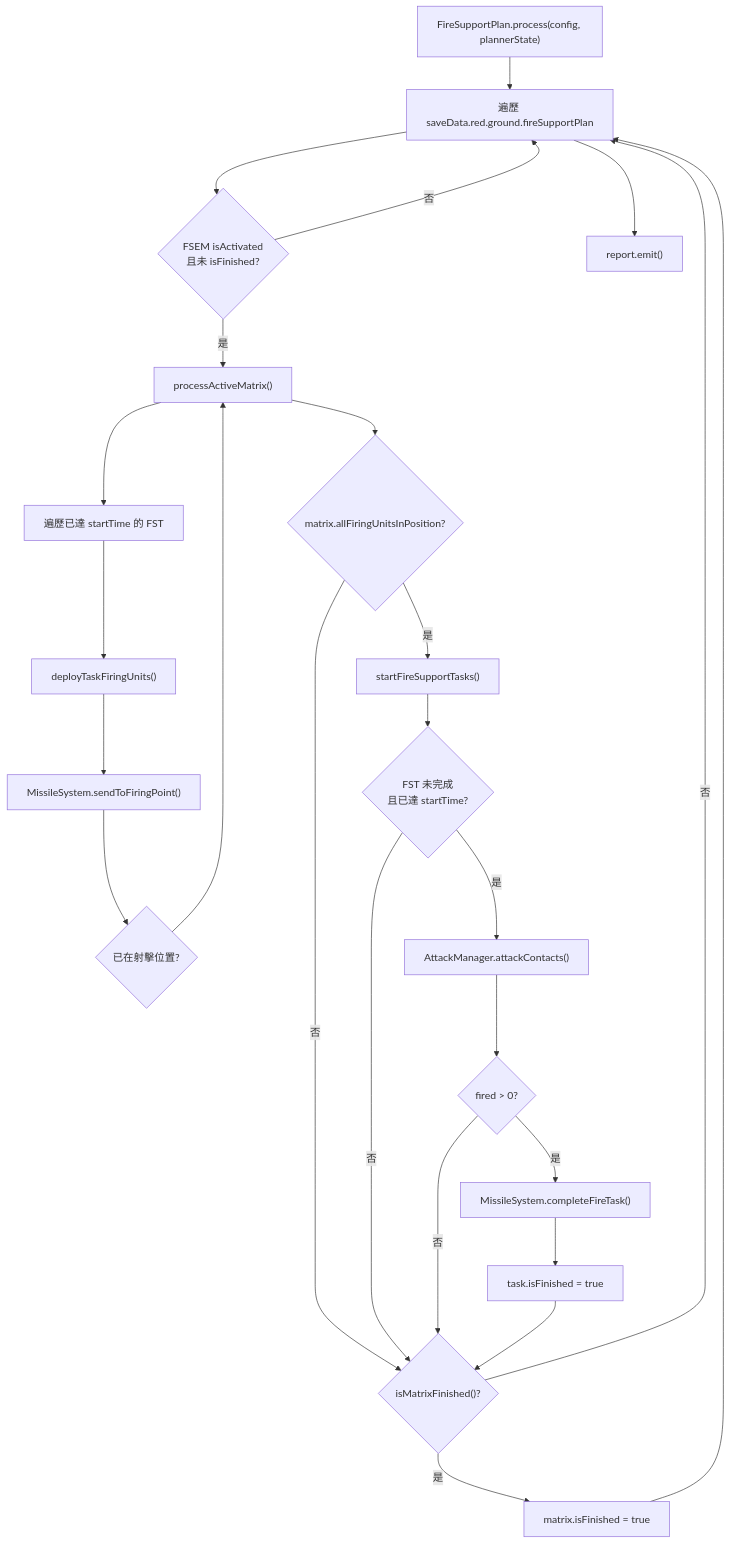
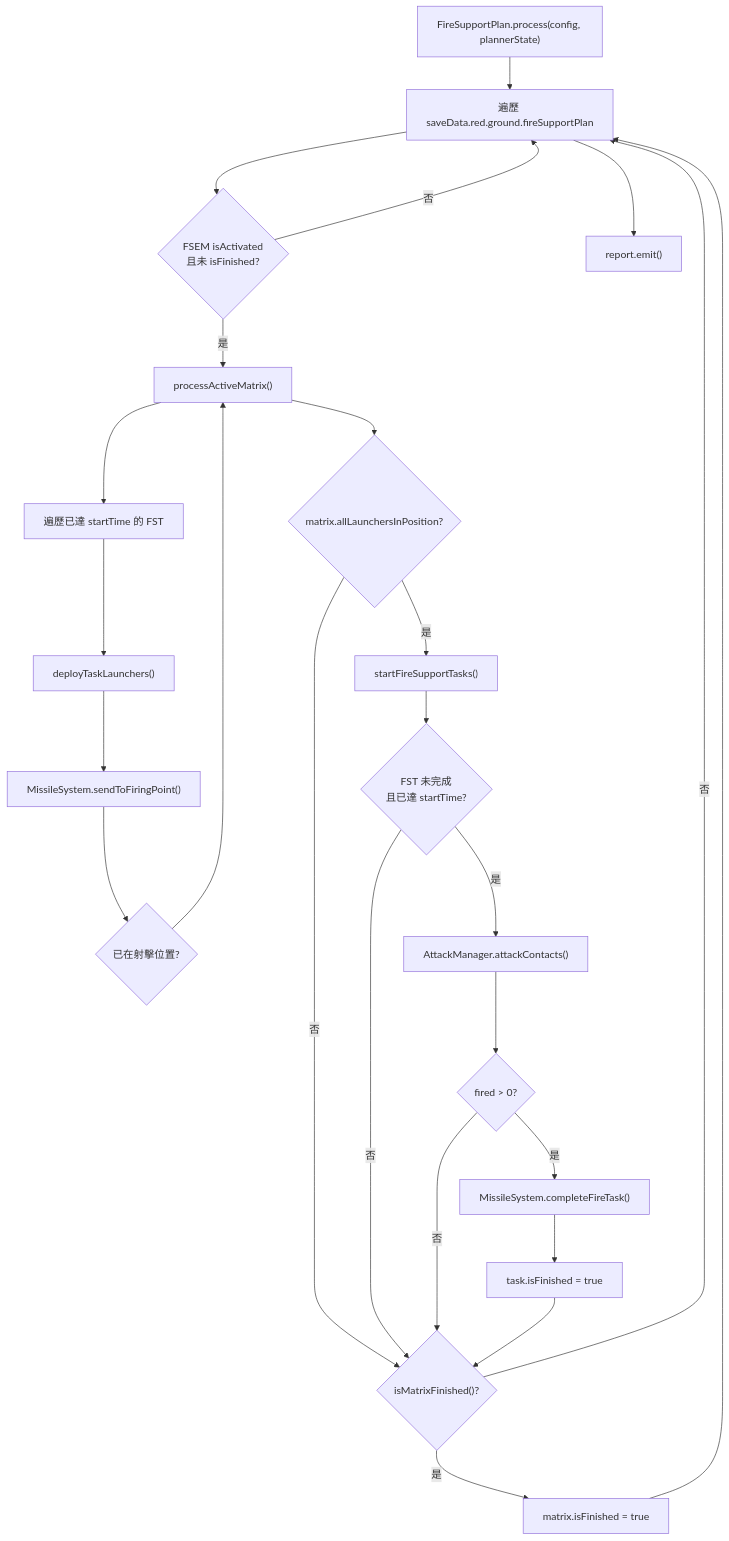
The diagram in docs/strikePlanner/fireSupportPlan.md (pullupjumper/formosa-in-flames), drawn with Mermaid before and after one commit. The commit also changed other lines of this file and 67 other files, not shown here.

First line of the commit message:
refactor(missileSystem): rename firing unit to launcher and resupply unit to transloader

````diff
--- a/docs/strikePlanner/fireSupportPlan.md
+++ b/docs/strikePlanner/fireSupportPlan.md
@@ -98,46 +98,46 @@
 ```mermaid
 flowchart TD
     START["FireSupportPlan.process(config, plannerState)"]
     LOOP["遍歷 saveData.red.ground.fireSupportPlan"]
     ACTIVE{"FSEM isActivated<br/>且未 isFinished?"}
     PROCESS["processActiveMatrix()"]
     DEPLOY_TASK["遍歷已達 startTime 的 FST"]
-    DEPLOY_UNIT["deployTaskFiringUnits()"]
+    DEPLOY_UNIT["deployTaskLaunchers()"]
     SEND["MissileSystem.sendToFiringPoint()"]
     STATIC{"已在射擊位置?"}
-    ALL_READY{"matrix.allFiringUnitsInPosition?"}
+    ALL_READY{"matrix.allLaunchersInPosition?"}
     EXECUTE["startFireSupportTasks()"]
     TASK_READY{"FST 未完成<br/>且已達 startTime?"}
     ATTACK["AttackManager.attackContacts()"]
     FIRED{"fired > 0?"}
     STOW["MissileSystem.completeFireTask()"]
     TASK_DONE["task.isFinished = true"]
     MATRIX_DONE{"isMatrixFinished()?"}
     FINISH["matrix.isFinished = true"]
     LOG["report.emit()"]
 
     START --> LOOP
     LOOP --> ACTIVE
     ACTIVE -->|否| LOOP
     ACTIVE -->|是| PROCESS
     PROCESS --> DEPLOY_TASK
     DEPLOY_TASK --> DEPLOY_UNIT
     DEPLOY_UNIT --> SEND
     SEND --> STATIC
     STATIC --> PROCESS
     PROCESS --> ALL_READY
     ALL_READY -->|是| EXECUTE
     ALL_READY -->|否| MATRIX_DONE
     EXECUTE --> TASK_READY
     TASK_READY -->|是| ATTACK
     TASK_READY -->|否| MATRIX_DONE
     ATTACK --> FIRED
     FIRED -->|是| STOW
     FIRED -->|否| MATRIX_DONE
     STOW --> TASK_DONE
     TASK_DONE --> MATRIX_DONE
     MATRIX_DONE -->|是| FINISH
     MATRIX_DONE -->|否| LOOP
     FINISH --> LOOP
     LOOP --> LOG
 ```
````
